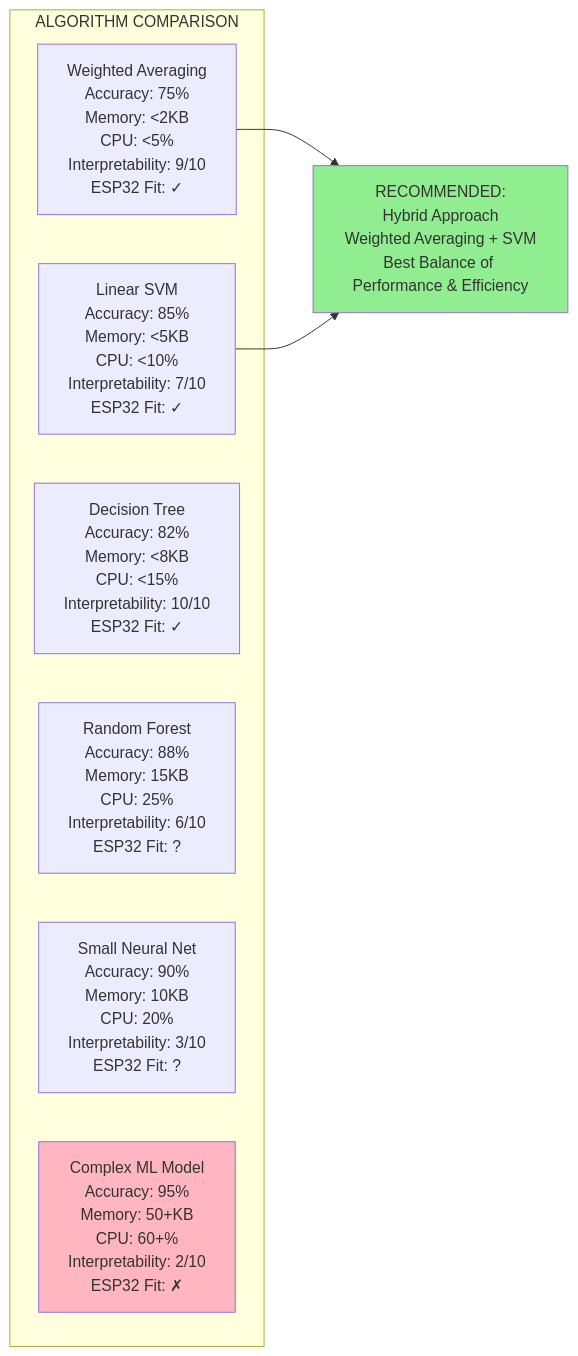
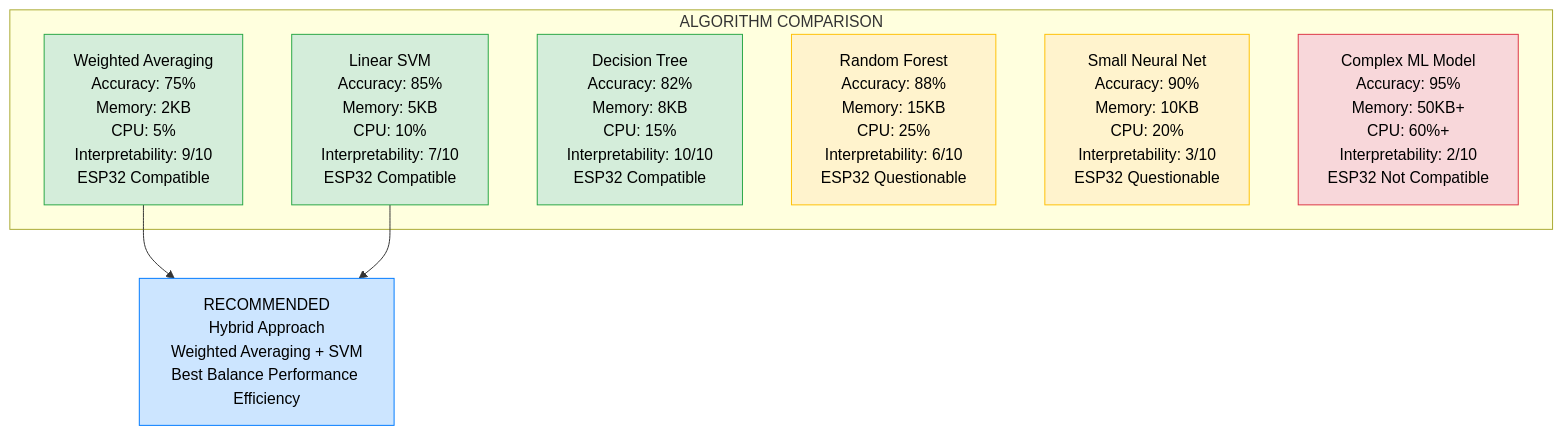
One commit to vikrantwiz02/DFP-13 changed the third of 9 diagrams in Phase-2.md. Above: the diagram before and after it, drawn with Mermaid. The commit also changed other lines of this file, not shown here.

Commit message:
Refactor diagrams and improve formatting in Phase 2 documentation for clarity and consistency

````diff
--- a/Phase-2.md
+++ b/Phase-2.md
@@ -211,24 +235,31 @@
 ```mermaid
-graph LR
-    subgraph "ALGORITHM COMPARISON"
-        WA[Weighted Averaging<br/>Accuracy: 75%<br/>Memory: <2KB<br/>CPU: <5%<br/>Interpretability: 9/10<br/>ESP32 Fit: ✓]
+graph TB
+    subgraph AC ["ALGORITHM COMPARISON"]
+        WA["Weighted Averaging<br/>Accuracy: 75%<br/>Memory: 2KB<br/>CPU: 5%<br/>Interpretability: 9/10<br/>ESP32 Compatible"]
         
-        SVM[Linear SVM<br/>Accuracy: 85%<br/>Memory: <5KB<br/>CPU: <10%<br/>Interpretability: 7/10<br/>ESP32 Fit: ✓]
+        SVM["Linear SVM<br/>Accuracy: 85%<br/>Memory: 5KB<br/>CPU: 10%<br/>Interpretability: 7/10<br/>ESP32 Compatible"]
         
-        DT[Decision Tree<br/>Accuracy: 82%<br/>Memory: <8KB<br/>CPU: <15%<br/>Interpretability: 10/10<br/>ESP32 Fit: ✓]
+        DT["Decision Tree<br/>Accuracy: 82%<br/>Memory: 8KB<br/>CPU: 15%<br/>Interpretability: 10/10<br/>ESP32 Compatible"]
         
-        RF[Random Forest<br/>Accuracy: 88%<br/>Memory: 15KB<br/>CPU: 25%<br/>Interpretability: 6/10<br/>ESP32 Fit: ?]
+        RF["Random Forest<br/>Accuracy: 88%<br/>Memory: 15KB<br/>CPU: 25%<br/>Interpretability: 6/10<br/>ESP32 Questionable"]
         
-        NN[Small Neural Net<br/>Accuracy: 90%<br/>Memory: 10KB<br/>CPU: 20%<br/>Interpretability: 3/10<br/>ESP32 Fit: ?]
+        NN["Small Neural Net<br/>Accuracy: 90%<br/>Memory: 10KB<br/>CPU: 20%<br/>Interpretability: 3/10<br/>ESP32 Questionable"]
         
-        COMPLEX[Complex ML Model<br/>Accuracy: 95%<br/>Memory: 50+KB<br/>CPU: 60+%<br/>Interpretability: 2/10<br/>ESP32 Fit: ✗]
+        COMPLEX["Complex ML Model<br/>Accuracy: 95%<br/>Memory: 50KB+<br/>CPU: 60%+<br/>Interpretability: 2/10<br/>ESP32 Not Compatible"]
     end
     
-    HYBRID[RECOMMENDED:<br/>Hybrid Approach<br/>Weighted Averaging + SVM<br/>Best Balance of Performance & Efficiency]
+    HYBRID["RECOMMENDED<br/>Hybrid Approach<br/>Weighted Averaging + SVM<br/>Best Balance Performance Efficiency"]
     
     WA --> HYBRID
     SVM --> HYBRID
     
-    style HYBRID fill:#90EE90
-    style COMPLEX fill:#FFB6C1
+    classDef compatible fill:#d4edda,stroke:#28a745,color:#000
+    classDef questionable fill:#fff3cd,stroke:#ffc107,color:#000
+    classDef notCompatible fill:#f8d7da,stroke:#dc3545,color:#000
+    classDef recommended fill:#cce5ff,stroke:#007bff,color:#000
+    
+    class WA,SVM,DT compatible
+    class RF,NN questionable
+    class COMPLEX notCompatible
+    class HYBRID recommended
 ```
````
